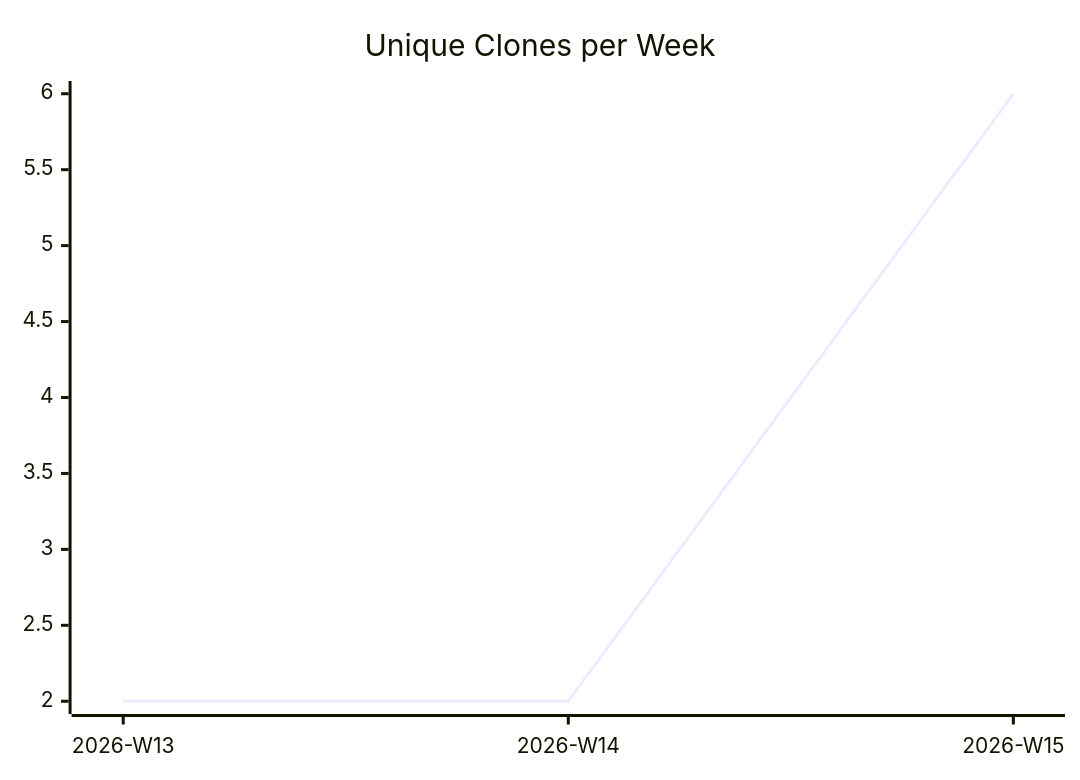
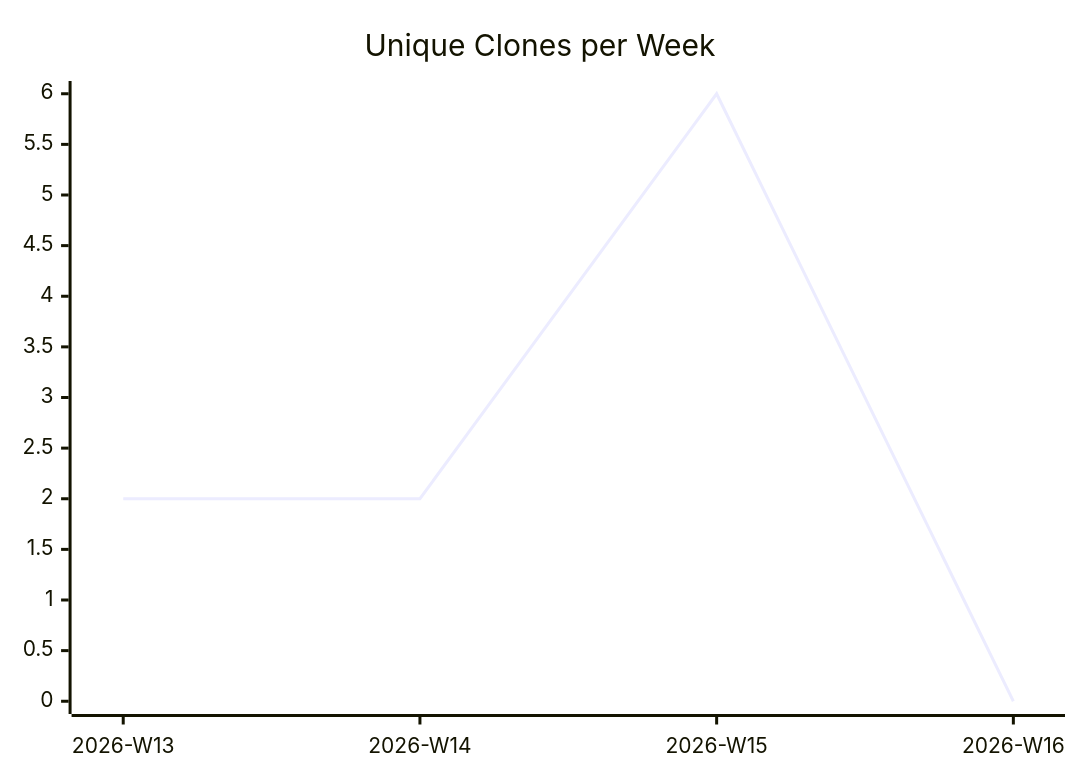
One commit to justdavis-family/github-analytics-data changed the third of 3 diagrams in karlmdavis/m2e-core-tests/README.md. Above: the diagram before and after it, drawn with Mermaid. The commit also changed other lines of this file and 176 other files, not shown here.

````diff
--- a/karlmdavis/m2e-core-tests/README.md
+++ b/karlmdavis/m2e-core-tests/README.md
@@ -19,6 +19,6 @@
 ```mermaid
 xychart-beta
   title "Unique Clones per Week"
-  x-axis ["2026-W13", "2026-W14", "2026-W15"]
-  line [2, 2, 6]
+  x-axis ["2026-W13", "2026-W14", "2026-W15", "2026-W16"]
+  line [2, 2, 6, 0]
 ```
````
